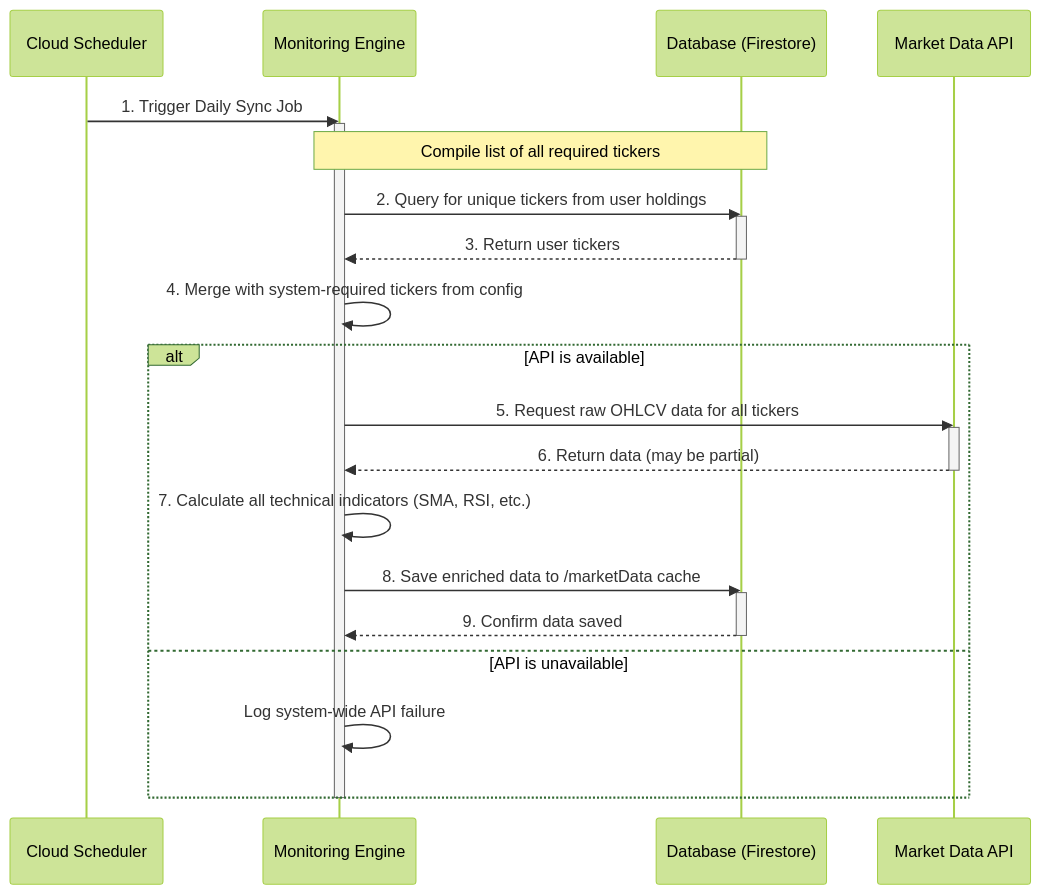
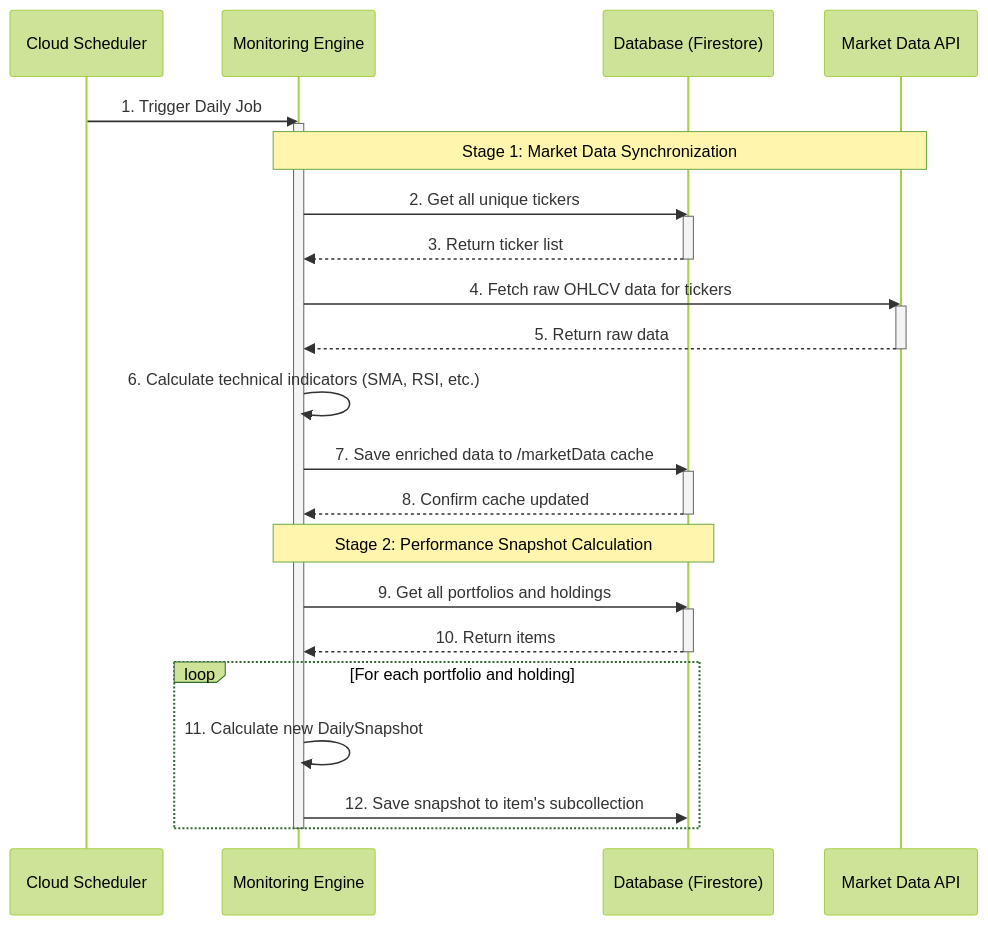
One commit to enzhao/Sentinel changed diagram 46 of 58 in product_spec.md. Above: the diagram before and after it, drawn with Mermaid (forest theme). The commit also changed other lines of this file and 1 other file, not shown here.

First line of the commit message:
docs(spec): enhance UI and data models for charts

````diff
--- a/product_spec.md
+++ b/product_spec.md
@@ -2407,34 +2433,40 @@
 ```mermaid
 sequenceDiagram
     participant Scheduler as Cloud Scheduler
     participant Engine as Monitoring Engine
     participant DB as Database (Firestore)
     participant API as Market Data API
 
-    Scheduler->>Engine: 1. Trigger Daily Sync Job
+    Scheduler->>Engine: 1. Trigger Daily Job
     activate Engine
 
-    Note over Engine, DB: Compile list of all required tickers
-    Engine->>DB: 2. Query for unique tickers from user holdings
+    Note over Engine, API: Stage 1: Market Data Synchronization
+    Engine->>DB: 2. Get all unique tickers
     activate DB
-    DB-->>Engine: 3. Return user tickers
+    DB-->>Engine: 3. Return ticker list
     deactivate DB
-    Engine->>Engine: 4. Merge with system-required tickers from config
+    
+    Engine->>API: 4. Fetch raw OHLCV data for tickers
+    activate API
+    API-->>Engine: 5. Return raw data
+    deactivate API
 
-    alt API is available
-        Engine->>API: 5. Request raw OHLCV data for all tickers
-        activate API
-        API-->>Engine: 6. Return data (may be partial)
-        deactivate API
+    Engine->>Engine: 6. Calculate technical indicators (SMA, RSI, etc.)
+    Engine->>DB: 7. Save enriched data to /marketData cache
+    activate DB
+    DB-->>Engine: 8. Confirm cache updated
+    deactivate DB
 
-        Engine->>Engine: 7. Calculate all technical indicators (SMA, RSI, etc.)
-        Engine->>DB: 8. Save enriched data to /marketData cache
-        activate DB
-        DB-->>Engine: 9. Confirm data saved
-        deactivate DB
-    else API is unavailable
-        Engine->>Engine: Log system-wide API failure
+    Note over Engine, DB: Stage 2: Performance Snapshot Calculation
+    Engine->>DB: 9. Get all portfolios and holdings
+    activate DB
+    DB-->>Engine: 10. Return items
+    deactivate DB
+
+    loop For each portfolio and holding
+        Engine->>Engine: 11. Calculate new DailySnapshot
+        Engine->>DB: 12. Save snapshot to item's subcollection
     end
 
     deactivate Engine
 ```
````
